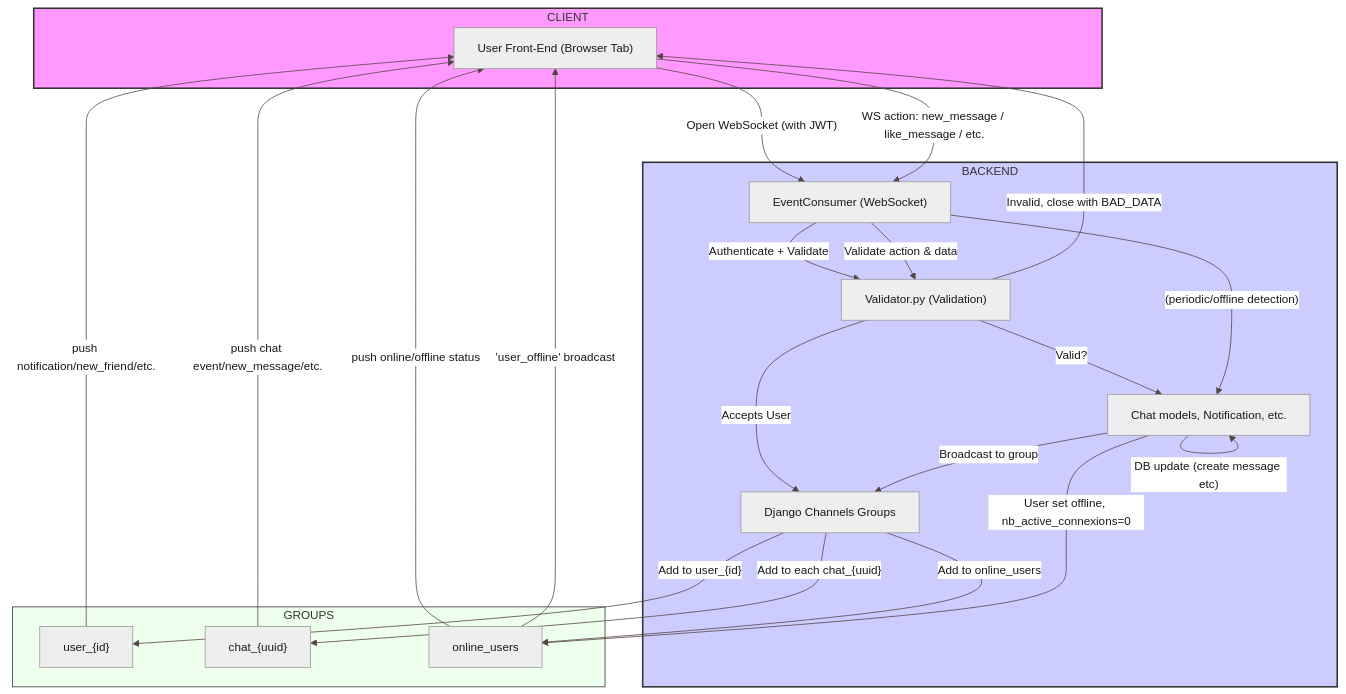
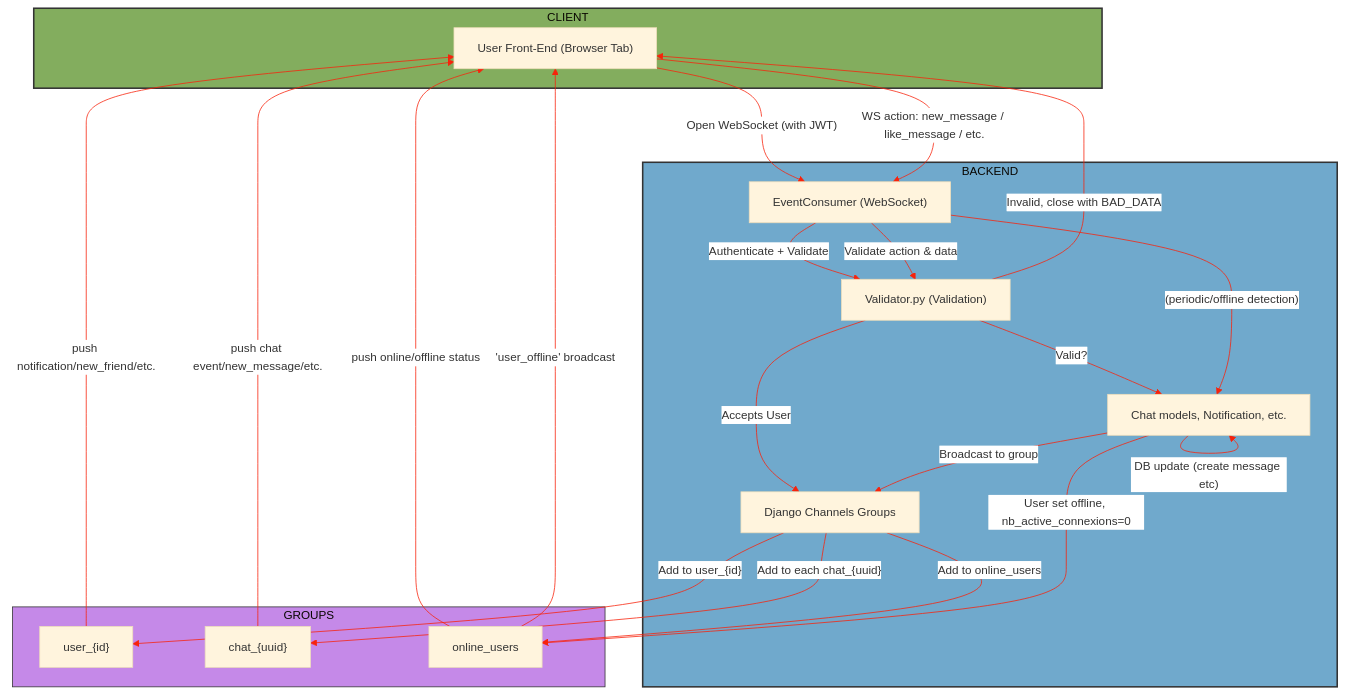
The diagram in doc/server/CHAT.md (ysengoku/42-ft_transcendence), drawn with Mermaid before and after one commit.

````diff
--- a/doc/server/CHAT.md
+++ b/doc/server/CHAT.md
@@ -167,70 +167,69 @@
 ```mermaid
 ---
 config:
   layout: dagre
   look: classic
-  theme: neutral
+  theme: base
   themeVariables:
-    lineColor: '#544'
+    lineColor: '#f7230c'
     textColor: '#191919'
     fontSize: 15px
     nodeTextColor: '#000'
     edgeLabelBackground: '#fff'
 ---
 flowchart TD
   %% Clients
   subgraph CLIENT
   A["User Front-End (Browser Tab)"]
   end
 
 
   %% Backend components
   subgraph BACKEND
     B["EventConsumer (WebSocket)"]
     C["Validator.py (Validation)"]
     D[Chat models, Notification, etc.]
     E[Django Channels Groups]
   end
 
   %% WebSocket groups
   subgraph GROUPS
     F["user_{id}"]
     G["chat_{uuid}"]
     H["online_users"]
   end
 
   %% WebSocket handshake
   A -- "Open WebSocket (with JWT)" --> B
 
   %% Join groups after validation
   B -- "Authenticate + Validate" --> C
   C -- "Accepts User" --> E
   E -- "Add to user_{id}" --> F
   E -- "Add to online_users" --> H
   E -- "Add to each chat_{uuid}" --> G
 
   %% Real-time message flow
   A -- "WS action: new_message / like_message / etc." --> B
   B -- "Validate action & data" --> C
   C -- "Valid?" --> D
   D -- "DB update (create message etc)" --> D
   D -- "Broadcast to group" --> E
 
   %% Group broadcasts back to clients
   F -- "push notification/new_friend/etc." --> A
   G -- "push chat event/new_message/etc." --> A
   H -- "push online/offline status" --> A
 
   %% Error/Validation fails
   C -- "Invalid, close with BAD_DATA" --> A
 
   %% Crontab/Inactive disconnect
   B -- "(periodic/offline detection)" --> D
   D -- "User set offline, nb_active_connexions=0" --> H
   H -- "'user_offline' broadcast" --> A
   %% Styling
-  style CLIENT fill:#f9f,stroke:#333,stroke-width:2px
-  style BACKEND fill:#ccf,stroke:#333,stroke-width:2px
-  style GROUPS fill:#efe,stroke:#333,stroke-width:1px
-
+  style CLIENT fill:#83ad5e,stroke:#333,stroke-width:2px
+  style BACKEND fill:#70a9cc,stroke:#333,stroke-width:2px
+  style GROUPS fill:#c589e8,stroke:#333,stroke-width:1px
 ```
````
